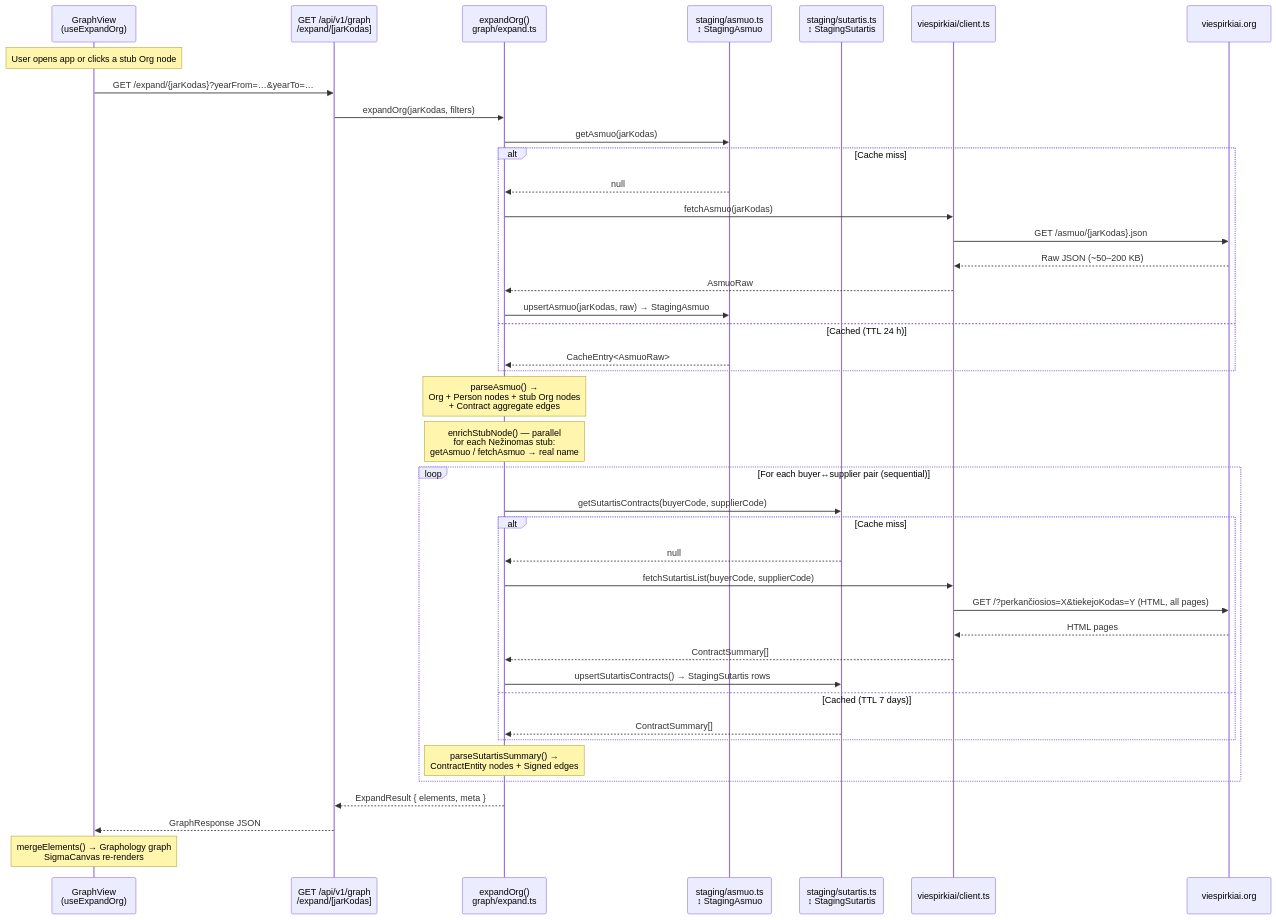
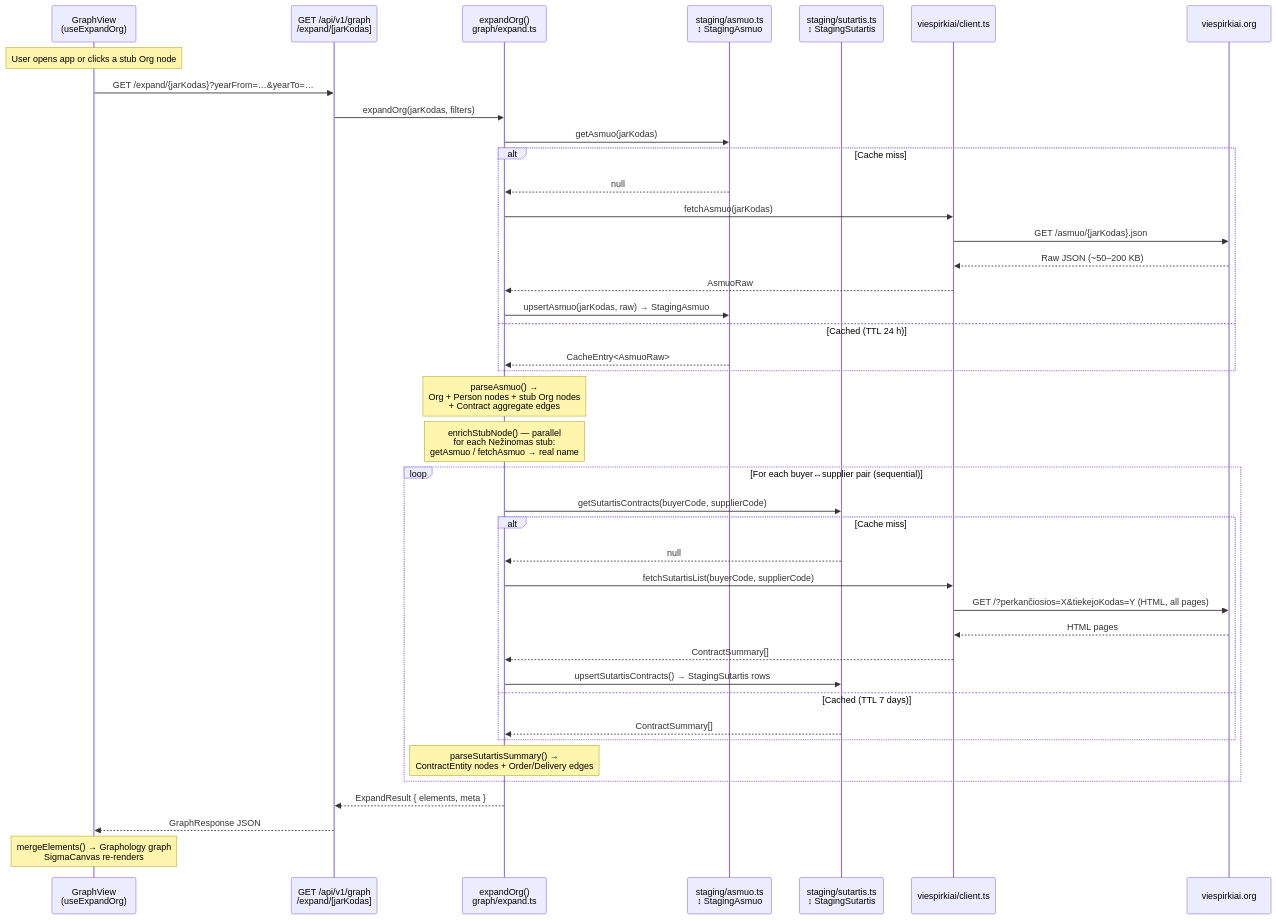
The fourth of 4 diagrams in docs/ARCHITECTURE.md (rimvydasb/risk-intelligence), drawn with Mermaid before and after one commit. The commit also changed other lines of this file and 8 other files, not shown here.

Commit message:
refactor NodeSidebar and related components; replace "Risk Profile" with "Relationships" section, update edge types to "Order" and "Delivery", and enhance edge rendering

````diff
--- a/docs/ARCHITECTURE.md
+++ b/docs/ARCHITECTURE.md
@@ -470,49 +473,49 @@
 ```mermaid
 sequenceDiagram
     participant GV as GraphView<br/>(useExpandOrg)
     participant Route as GET /api/v1/graph<br/>/expand/[jarKodas]
     participant EXP as expandOrg()<br/>graph/expand.ts
     participant StgA as staging/asmuo.ts<br/>↕ StagingAsmuo
     participant StgS as staging/sutartis.ts<br/>↕ StagingSutartis
     participant CLI as viespirkiai/client.ts
     participant API as viespirkiai.org
 
     Note over GV: User opens app or clicks a stub Org node
     GV ->> Route: GET /expand/{jarKodas}?yearFrom=…&yearTo=…
     Route ->> EXP: expandOrg(jarKodas, filters)
 
     EXP ->> StgA: getAsmuo(jarKodas)
     alt Cache miss
         StgA -->> EXP: null
         EXP ->> CLI: fetchAsmuo(jarKodas)
         CLI ->> API: GET /asmuo/{jarKodas}.json
         API -->> CLI: Raw JSON (~50–200 KB)
         CLI -->> EXP: AsmuoRaw
         EXP ->> StgA: upsertAsmuo(jarKodas, raw) → StagingAsmuo
     else Cached (TTL 24 h)
         StgA -->> EXP: CacheEntry<AsmuoRaw>
     end
 
     Note over EXP: parseAsmuo() →<br/>Org + Person nodes + stub Org nodes<br/>+ Contract aggregate edges
 
     Note over EXP: enrichStubNode() — parallel<br/>for each Nežinomas stub:<br/>getAsmuo / fetchAsmuo → real name
 
     loop For each buyer↔supplier pair (sequential)
         EXP ->> StgS: getSutartisContracts(buyerCode, supplierCode)
         alt Cache miss
             StgS -->> EXP: null
             EXP ->> CLI: fetchSutartisList(buyerCode, supplierCode)
             CLI ->> API: GET /?perkančiosios=X&tiekejoKodas=Y (HTML, all pages)
             API -->> CLI: HTML pages
             CLI -->> EXP: ContractSummary[]
             EXP ->> StgS: upsertSutartisContracts() → StagingSutartis rows
         else Cached (TTL 7 days)
             StgS -->> EXP: ContractSummary[]
         end
-        Note over EXP: parseSutartisSummary() →<br/>ContractEntity nodes + Signed edges
+        Note over EXP: parseSutartisSummary() →<br/>ContractEntity nodes + Order/Delivery edges
     end
 
     EXP -->> Route: ExpandResult { elements, meta }
     Route -->> GV: GraphResponse JSON
     Note over GV: mergeElements() → Graphology graph<br/>SigmaCanvas re-renders
 ```
````
